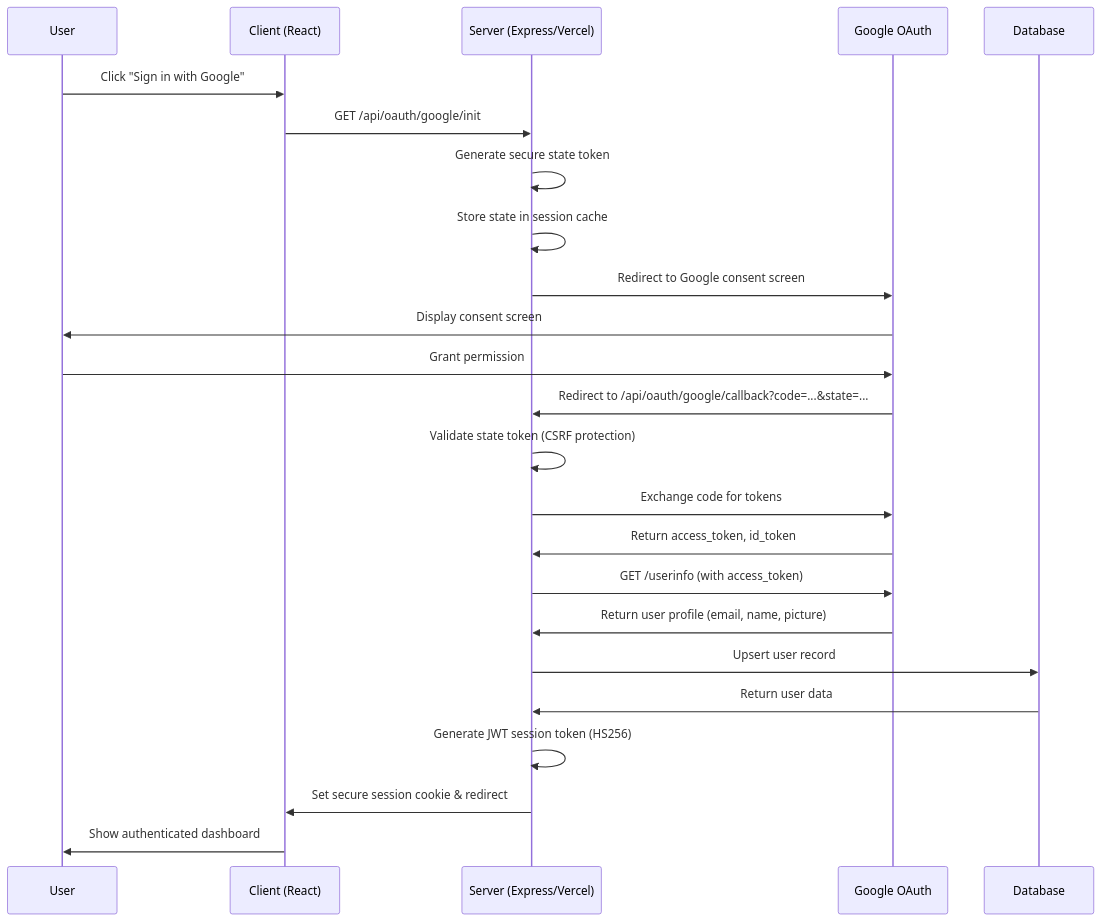
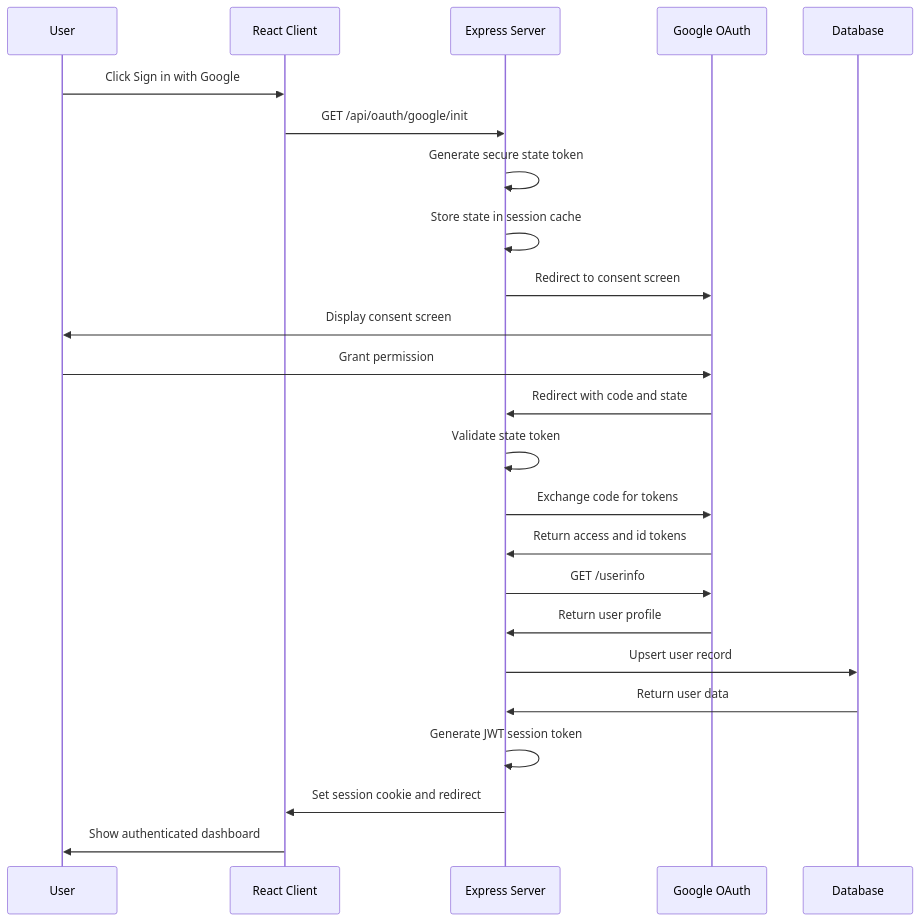
The fifth of 8 diagrams in README.md (NobleVision/GOGETTER), drawn with Mermaid before and after one commit. The commit also changed other lines of this file and 10 other files, not shown here.

````diff
--- a/README.md
+++ b/README.md
@@ -296,27 +327,27 @@
 ```mermaid
 sequenceDiagram
     participant User
-    participant Client as Client (React)
-    participant Server as Server (Express/Vercel)
+    participant Client as React Client
+    participant Server as Express Server
     participant Google as Google OAuth
     participant DB as Database
 
-    User->>Client: Click "Sign in with Google"
+    User->>Client: Click Sign in with Google
     Client->>Server: GET /api/oauth/google/init
     Server->>Server: Generate secure state token
     Server->>Server: Store state in session cache
-    Server->>Google: Redirect to Google consent screen
+    Server->>Google: Redirect to consent screen
     Google->>User: Display consent screen
     User->>Google: Grant permission
-    Google->>Server: Redirect to /api/oauth/google/callback?code=...&state=...
-    Server->>Server: Validate state token (CSRF protection)
+    Google->>Server: Redirect with code and state
+    Server->>Server: Validate state token
     Server->>Google: Exchange code for tokens
-    Google->>Server: Return access_token, id_token
-    Server->>Google: GET /userinfo (with access_token)
-    Google->>Server: Return user profile (email, name, picture)
+    Google->>Server: Return access and id tokens
+    Server->>Google: GET /userinfo
+    Google->>Server: Return user profile
     Server->>DB: Upsert user record
     DB->>Server: Return user data
-    Server->>Server: Generate JWT session token (HS256)
-    Server->>Client: Set secure session cookie & redirect
+    Server->>Server: Generate JWT session token
+    Server->>Client: Set session cookie and redirect
     Client->>User: Show authenticated dashboard
 ```
````
